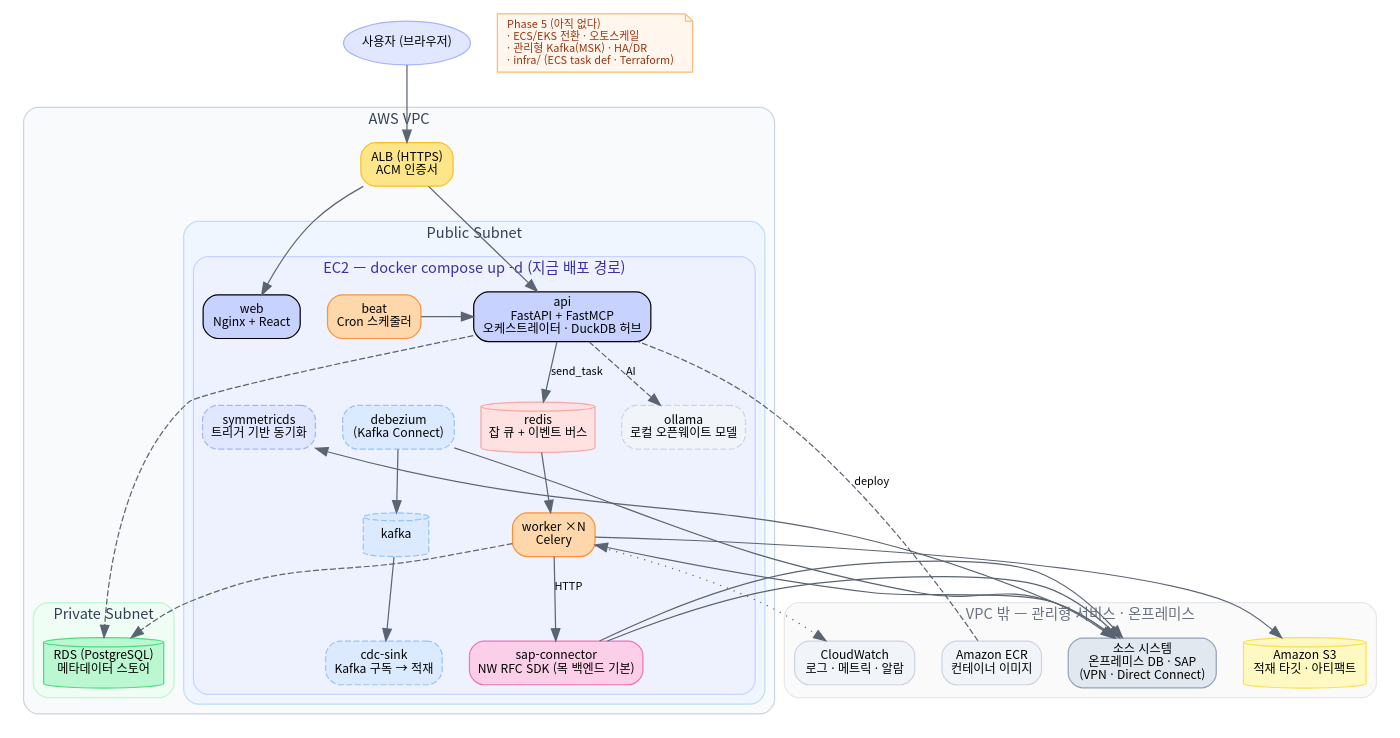
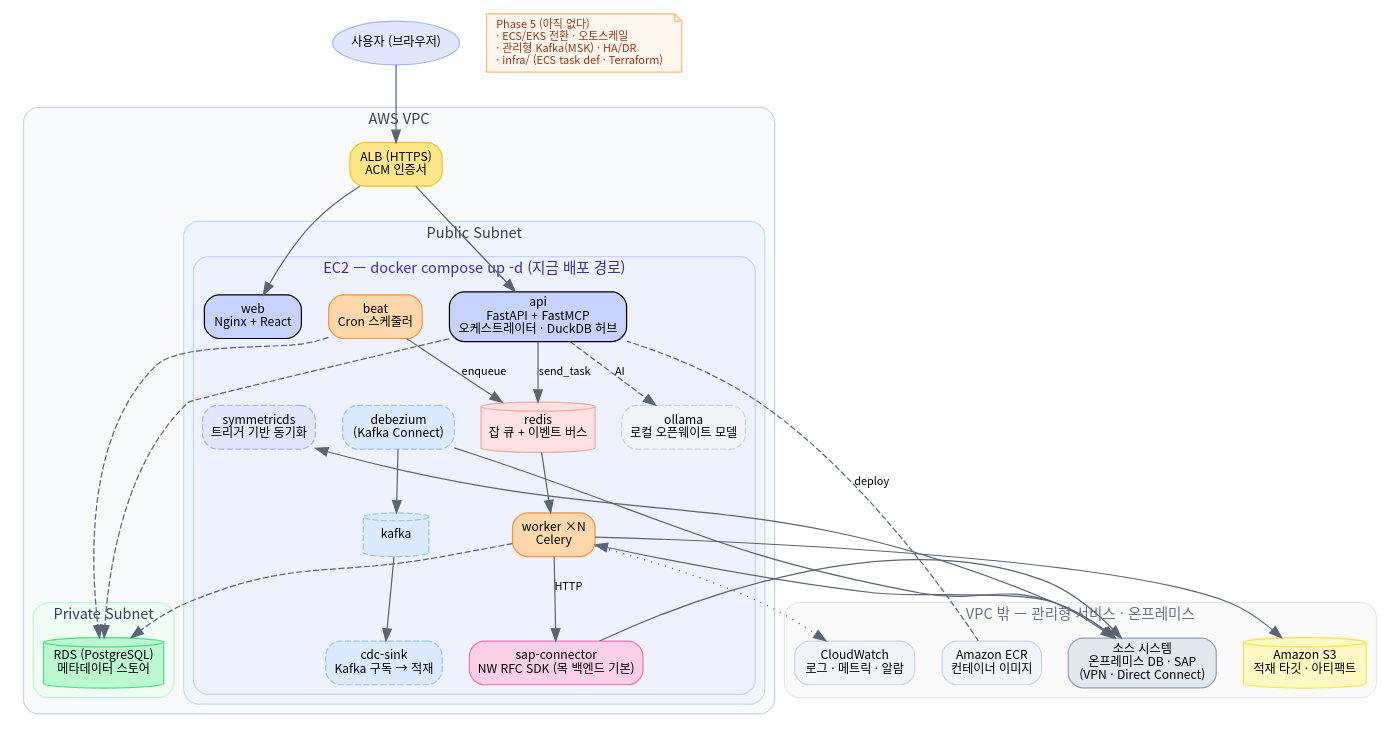
The diagram in docs/diagrams/d4_aws.dot (SurvivorsStudio/ditter), drawn with Graphviz before and after one commit. The commit also changed 5 other files, not shown here.

First line of the commit message:
docs: 그림에서 beat 가 api 를 부르지 않게 한다

```diff
--- a/docs/diagrams/d4_aws.dot
+++ b/docs/diagrams/d4_aws.dot
@@ -1,87 +1,92 @@
 // AWS 배포 — **지금 있는 경로**와 **Phase 5 로 미뤄 둔 것**을 갈라 그린다.
 //
 // 지금 배포 경로는 루트 docker-compose.yml 하나다. `infra/`(ECS task def · Terraform)는
 // 저장소에 없다 — 예전 그림이 "ECS on EC2"를 적어 두어 있는 것처럼 읽혔다.
 //
 // 컨테이너 목록은 docker-compose.yml 을 따른다. 예전 그림은 `orchestrator` 를 별도
-// 컨테이너로 그렸는데 그런 컨테이너는 없다 — 오케스트레이터는 api 안이다
-// (services/run_service.py). 빠져 있던 beat · sap-connector · cdc-sink 도 넣는다.
+// 컨테이너로 그렸는데 그런 컨테이너는 없다 — 오케스트레이터는 별도 프로세스가 아니라
+// api·beat 가 같은 코드(services/run_service.py)를 돈다. 빠져 있던 beat · sap-connector ·
+// cdc-sink 도 넣는다.
 //
-// 프로필로 갈린 것(--profile cdc / ai)은 점선 테두리로 구분한다. 기본 기동에는 뜨지 않는다.
+// beat 에서 api 로 화살표를 긋지 않는다. beat 는 api 를 부르지 않는다 — 메타DB 에서 cron 을
+// 읽어 Run 을 만들고 Redis 에 직접 넣는다 (eai_worker/scheduler.py, compose 의 beat 는
+// depends_on 도 postgres · redis 뿐이다). 컨테이너 그림의 화살표는 네트워크 호출 주장이다.
+//
+// 프로필로 갈린 것(--profile cdc / sync / ai)은 점선 테두리로 구분한다. 기본 기동에는 뜨지 않는다.
 //
 // 다시 그리기: docs/diagrams/README.md
 
 digraph G {
   rankdir=TB; bgcolor="white"; compound=true; newrank=true;
   node [fontname="Noto Sans CJK KR,Apple SD Gothic Neo", fontsize=10, shape=box, style="rounded,filled"];
   edge [fontname="Noto Sans CJK KR,Apple SD Gothic Neo", fontsize=9, color="#5b6472"];
   graph [fontname="Noto Sans CJK KR,Apple SD Gothic Neo", fontsize=12, nodesep=0.3, ranksep=0.55];
 
   user [label="사용자 (브라우저)", shape=ellipse, fillcolor="#e0e7ff", color="#a5b4fc"];
 
   subgraph cluster_vpc {
     label="AWS VPC"; style="rounded,filled"; fillcolor="#f8fafc"; color="#cbd5e1"; fontcolor="#334155"; fontname="Noto Sans CJK KR,Apple SD Gothic Neo";
 
     alb [label="ALB (HTTPS)\nACM 인증서", fillcolor="#fde68a", color="#fbbf24"];
 
     subgraph cluster_pub {
       label="Public Subnet"; style="rounded,filled"; fillcolor="#eff6ff"; color="#bfdbfe"; fontname="Noto Sans CJK KR,Apple SD Gothic Neo";
 
       subgraph cluster_ec2 {
         label="EC2 — docker compose up -d (지금 배포 경로)"; style="rounded,filled"; fillcolor="#eef2ff"; color="#c7d2fe"; fontcolor="#3730a3"; fontname="Noto Sans CJK KR,Apple SD Gothic Neo";
         c_web  [label="web\nNginx + React", fillcolor="#c7d2fe"];
         c_api  [label="api\nFastAPI + FastMCP\n오케스트레이터 · DuckDB 허브", fillcolor="#c7d2fe"];
         c_beat [label="beat\nCron 스케줄러", fillcolor="#fed7aa", color="#fb923c"];
         c_wk   [label="worker ×N\nCelery", fillcolor="#fed7aa", color="#fb923c"];
         c_sap  [label="sap-connector\nNW RFC SDK (목 백엔드 기본)", fillcolor="#fbcfe8", color="#f472b6"];
         c_redis[label="redis\n잡 큐 + 이벤트 버스", shape=cylinder, fillcolor="#fee2e2", color="#fca5a5"];
 
         c_dbz  [label="debezium\n(Kafka Connect)", fillcolor="#dbeafe", color="#93c5fd", style="rounded,filled,dashed"];
         c_kafka[label="kafka", shape=cylinder, fillcolor="#dbeafe", color="#93c5fd", style="filled,dashed"];
         c_sink [label="cdc-sink\nKafka 구독 → 적재", fillcolor="#dbeafe", color="#93c5fd", style="rounded,filled,dashed"];
         c_sym  [label="symmetricds\n트리거 기반 동기화", fillcolor="#e0e7ff", color="#a5b4fc", style="rounded,filled,dashed"];
         c_ol   [label="ollama\n로컬 오픈웨이트 모델", fillcolor="#f1f5f9", color="#cbd5e1", style="rounded,filled,dashed"];
       }
     }
 
     subgraph cluster_priv {
       label="Private Subnet"; style="rounded,filled"; fillcolor="#f0fdf4"; color="#bbf7d0"; fontname="Noto Sans CJK KR,Apple SD Gothic Neo";
       rds [label="RDS (PostgreSQL)\n메타데이터 스토어", shape=cylinder, fillcolor="#bbf7d0", color="#4ade80"];
     }
   }
 
   subgraph cluster_ext {
     label="VPC 밖 — 관리형 서비스 · 온프레미스"; style="rounded,filled"; fillcolor="#fafafa"; color="#e5e7eb"; fontcolor="#6b7280"; fontname="Noto Sans CJK KR,Apple SD Gothic Neo";
     s3  [label="Amazon S3\n적재 타깃 · 아티팩트", shape=cylinder, fillcolor="#fef9c3", color="#fde047"];
     src [label="소스 시스템\n온프레미스 DB · SAP\n(VPN · Direct Connect)", fillcolor="#e2e8f0", color="#94a3b8"];
     ecr [label="Amazon ECR\n컨테이너 이미지", fillcolor="#f1f5f9", color="#cbd5e1"];
     cw  [label="CloudWatch\n로그 · 메트릭 · 알람", fillcolor="#f1f5f9", color="#cbd5e1"];
     { rank=same; s3; src; ecr; cw; }
   }
 
   phase5 [shape=note, style=filled, fillcolor="#fff7ed", color="#fdba74", fontcolor="#9a3412", fontsize=9,
           label="Phase 5 (아직 없다)\l · ECS/EKS 전환 · 오토스케일\l · 관리형 Kafka(MSK) · HA/DR\l · infra/ (ECS task def · Terraform)\l"];
 
   // 행을 못박아 높이를 묶는다. 안 그러면 의존 사슬 길이만큼 세로로 늘어난다.
   { rank=same; c_web; c_api; c_beat; }
   { rank=same; c_redis; c_dbz; c_sym; c_ol; }
   { rank=same; c_wk; c_kafka; }
   { rank=same; c_sap; c_sink; }
 
   user -> alb;
   alb -> c_web; alb -> c_api;
   c_api -> c_redis [label="send_task"];
-  c_beat -> c_api;
+  c_beat -> c_redis [label="enqueue"];
   c_redis -> c_wk;
   c_wk -> c_sap [label="HTTP"];
   c_dbz -> c_kafka -> c_sink;
   c_api -> c_ol [style=dashed, label="AI"];
 
-  c_api -> rds [style=dashed]; c_wk -> rds [style=dashed];
+  c_api -> rds [style=dashed]; c_wk -> rds [style=dashed]; c_beat -> rds [style=dashed];
   c_wk -> s3;
   c_wk -> src [dir=both, constraint=false]; c_sap -> src [constraint=false];
   c_dbz -> src [constraint=false]; c_sym -> src [dir=both, constraint=false];
 
   ecr -> c_api [style=dashed, arrowhead=none, label="deploy", constraint=false];
   c_wk -> cw [style=dotted, constraint=false];
 }
```
